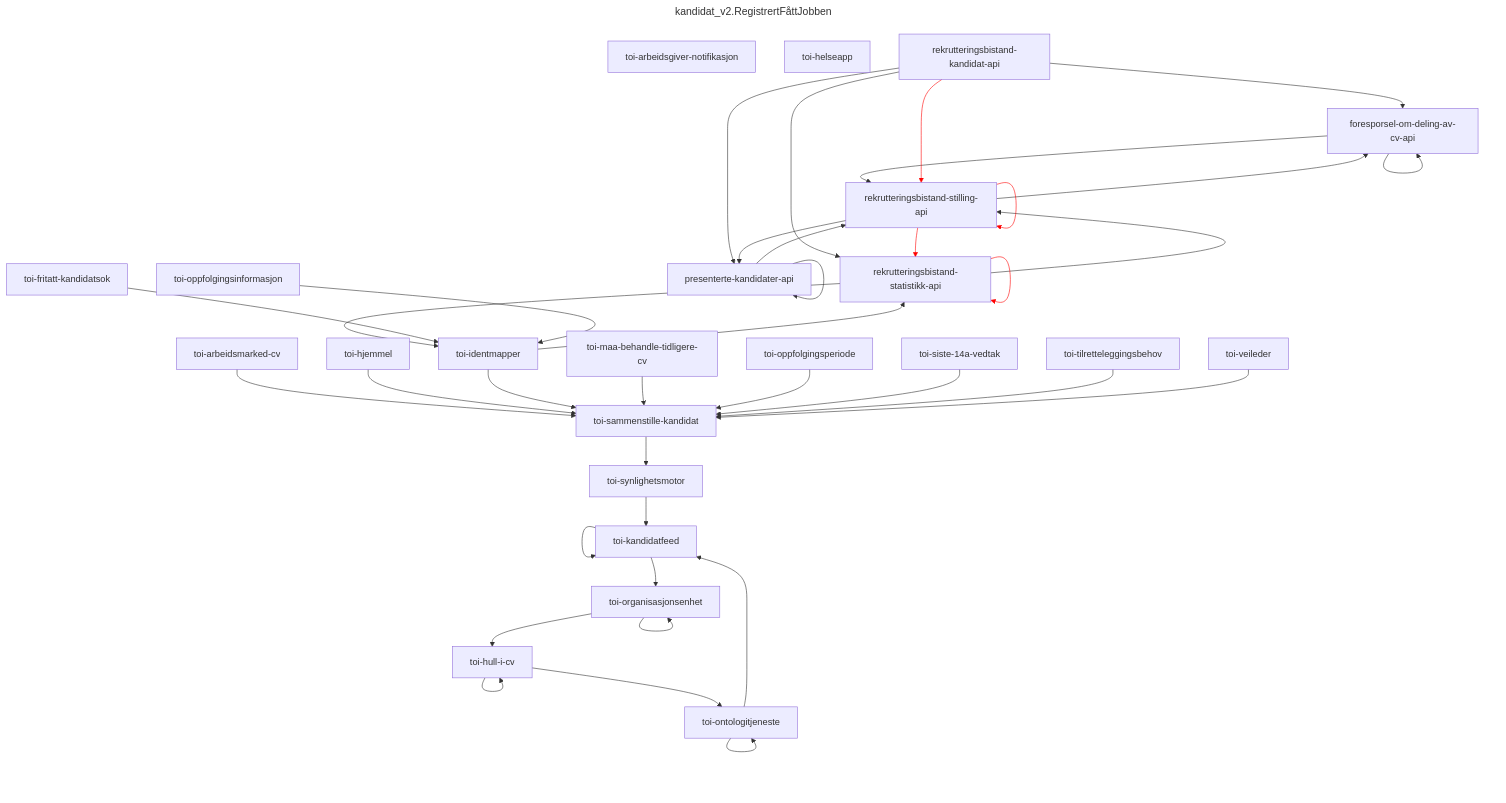
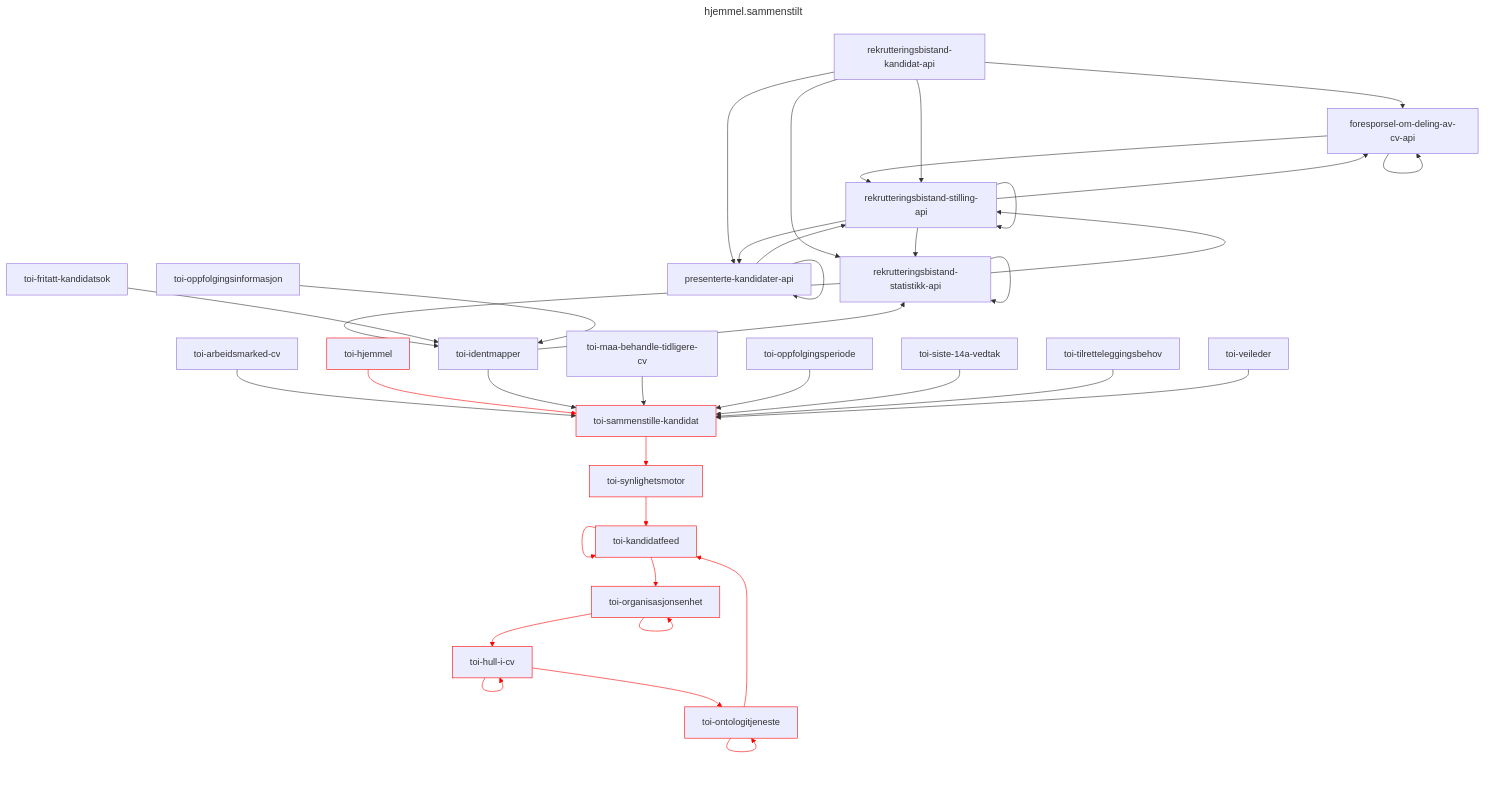
The ninth of 34 diagrams in README.md (navikt/toi-rapids-and-rivers-grapher), drawn with Mermaid before and after one commit. The commit also changed other lines of this file, not shown here.

````diff
--- a/README.md
+++ b/README.md
@@ -409,49 +357,45 @@
 ```mermaid
 ---
-title: kandidat_v2.RegistrertFåttJobben
+title: hjemmel.sammenstilt
 ---
 graph TD;
-toi-arbeidsgiver-notifikasjon;
-toi-helseapp;
 foresporsel-om-deling-av-cv-api --> foresporsel-om-deling-av-cv-api;
 foresporsel-om-deling-av-cv-api --> rekrutteringsbistand-stilling-api;
 presenterte-kandidater-api --> presenterte-kandidater-api;
 presenterte-kandidater-api --> rekrutteringsbistand-stilling-api;
 rekrutteringsbistand-kandidat-api --> foresporsel-om-deling-av-cv-api;
 rekrutteringsbistand-kandidat-api --> presenterte-kandidater-api;
 rekrutteringsbistand-kandidat-api --> rekrutteringsbistand-statistikk-api;
 rekrutteringsbistand-kandidat-api --> rekrutteringsbistand-stilling-api;
 rekrutteringsbistand-statistikk-api --> rekrutteringsbistand-statistikk-api;
 rekrutteringsbistand-statistikk-api --> rekrutteringsbistand-stilling-api;
 rekrutteringsbistand-statistikk-api --> toi-identmapper;
 rekrutteringsbistand-stilling-api --> foresporsel-om-deling-av-cv-api;
 rekrutteringsbistand-stilling-api --> presenterte-kandidater-api;
 rekrutteringsbistand-stilling-api --> rekrutteringsbistand-statistikk-api;
 rekrutteringsbistand-stilling-api --> rekrutteringsbistand-stilling-api;
 toi-arbeidsmarked-cv --> toi-sammenstille-kandidat;
 toi-fritatt-kandidatsok --> toi-identmapper;
-toi-hjemmel --> toi-sammenstille-kandidat;
-toi-hull-i-cv --> toi-hull-i-cv;
-toi-hull-i-cv --> toi-ontologitjeneste;
+toi-hjemmel:::x --> toi-sammenstille-kandidat:::x;
+toi-hull-i-cv:::x --> toi-hull-i-cv:::x;
+toi-hull-i-cv:::x --> toi-ontologitjeneste:::x;
 toi-identmapper --> rekrutteringsbistand-statistikk-api;
 toi-identmapper --> toi-sammenstille-kandidat;
-toi-kandidatfeed --> toi-kandidatfeed;
-toi-kandidatfeed --> toi-organisasjonsenhet;
+toi-kandidatfeed:::x --> toi-kandidatfeed:::x;
+toi-kandidatfeed:::x --> toi-organisasjonsenhet:::x;
 toi-maa-behandle-tidligere-cv --> toi-sammenstille-kandidat;
-toi-ontologitjeneste --> toi-kandidatfeed;
-toi-ontologitjeneste --> toi-ontologitjeneste;
+toi-ontologitjeneste:::x --> toi-kandidatfeed:::x;
+toi-ontologitjeneste:::x --> toi-ontologitjeneste:::x;
 toi-oppfolgingsinformasjon --> toi-identmapper;
 toi-oppfolgingsperiode --> toi-sammenstille-kandidat;
-toi-organisasjonsenhet --> toi-hull-i-cv;
-toi-organisasjonsenhet --> toi-organisasjonsenhet;
-toi-sammenstille-kandidat --> toi-synlighetsmotor;
+toi-organisasjonsenhet:::x --> toi-hull-i-cv:::x;
+toi-organisasjonsenhet:::x --> toi-organisasjonsenhet:::x;
+toi-sammenstille-kandidat:::x --> toi-synlighetsmotor:::x;
 toi-siste-14a-vedtak --> toi-sammenstille-kandidat;
-toi-synlighetsmotor --> toi-kandidatfeed;
+toi-synlighetsmotor:::x --> toi-kandidatfeed:::x;
 toi-tilretteleggingsbehov --> toi-sammenstille-kandidat;
 toi-veileder --> toi-sammenstille-kandidat;
 
-linkStyle 7 stroke:red;
-linkStyle 8 stroke:red;
-linkStyle 13 stroke:red;
-linkStyle 14 stroke:red;
+linkStyle 17,18,19,22,23,25,26,29,30,31,33 stroke:red;
+classDef x stroke: red;
 ```
````
